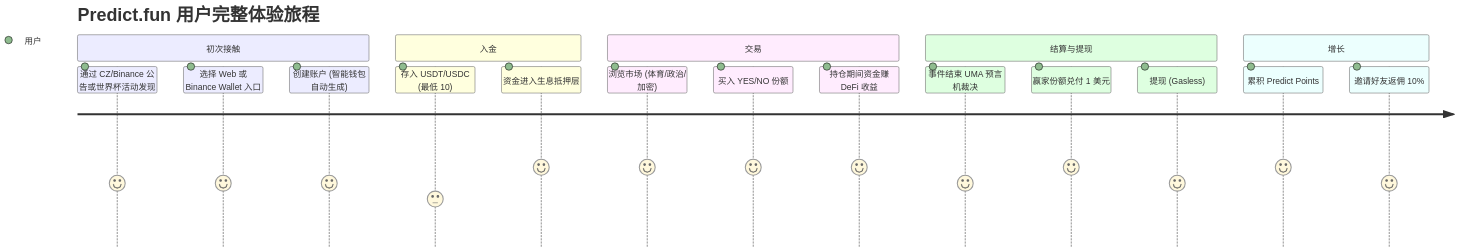
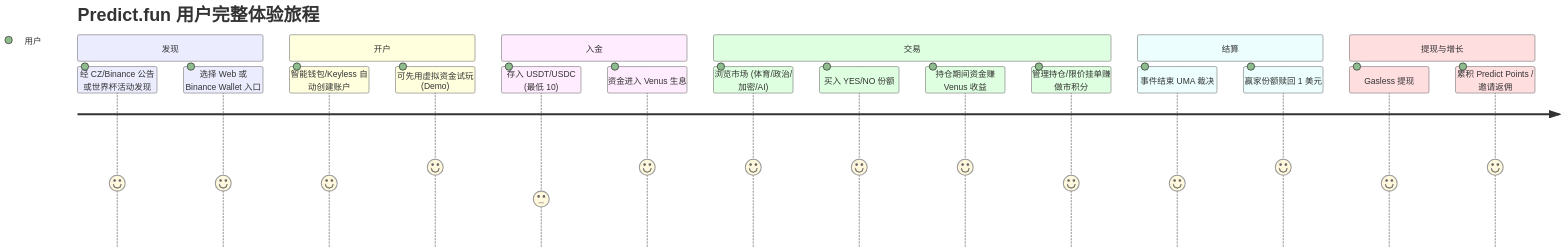
One commit to survivorff/predictfun_design changed the first of 13 diagrams in research/04_user_experience/analysis.md. Above: the diagram before and after it, drawn with Mermaid. The commit also changed other lines of this file and 11 other files, not shown here.

````diff
--- a/research/04_user_experience/analysis.md
+++ b/research/04_user_experience/analysis.md
@@ -11,22 +11,24 @@
 ```mermaid
 journey
     title Predict.fun 用户完整体验旅程
-    section 初次接触
-      通过 CZ/Binance 公告或世界杯活动发现: 4: 用户
+    section 发现
+      经 CZ/Binance 公告或世界杯活动发现: 4: 用户
       选择 Web 或 Binance Wallet 入口: 4: 用户
-      创建账户 (智能钱包自动生成): 4: 用户
+    section 开户
+      智能钱包/Keyless 自动创建账户: 4: 用户
+      可先用虚拟资金试玩 (Demo): 5: 用户
     section 入金
       存入 USDT/USDC (最低 10): 3: 用户
-      资金进入生息抵押层: 5: 用户
+      资金进入 Venus 生息: 5: 用户
     section 交易
-      浏览市场 (体育/政治/加密): 5: 用户
+      浏览市场 (体育/政治/加密/AI): 5: 用户
       买入 YES/NO 份额: 5: 用户
-      持仓期间资金赚 DeFi 收益: 5: 用户
-    section 结算与提现
-      事件结束 UMA 预言机裁决: 4: 用户
-      赢家份额兑付 1 美元: 5: 用户
-      提现 (Gasless): 4: 用户
-    section 增长
-      累积 Predict Points: 5: 用户
-      邀请好友返佣 10%: 4: 用户
+      持仓期间资金赚 Venus 收益: 5: 用户
+      管理持仓/限价挂单赚做市积分: 4: 用户
+    section 结算
+      事件结束 UMA 裁决: 4: 用户
+      赢家份额赎回 1 美元: 5: 用户
+    section 提现与增长
+      Gasless 提现: 4: 用户
+      累积 Predict Points / 邀请返佣: 5: 用户
 ```
````
